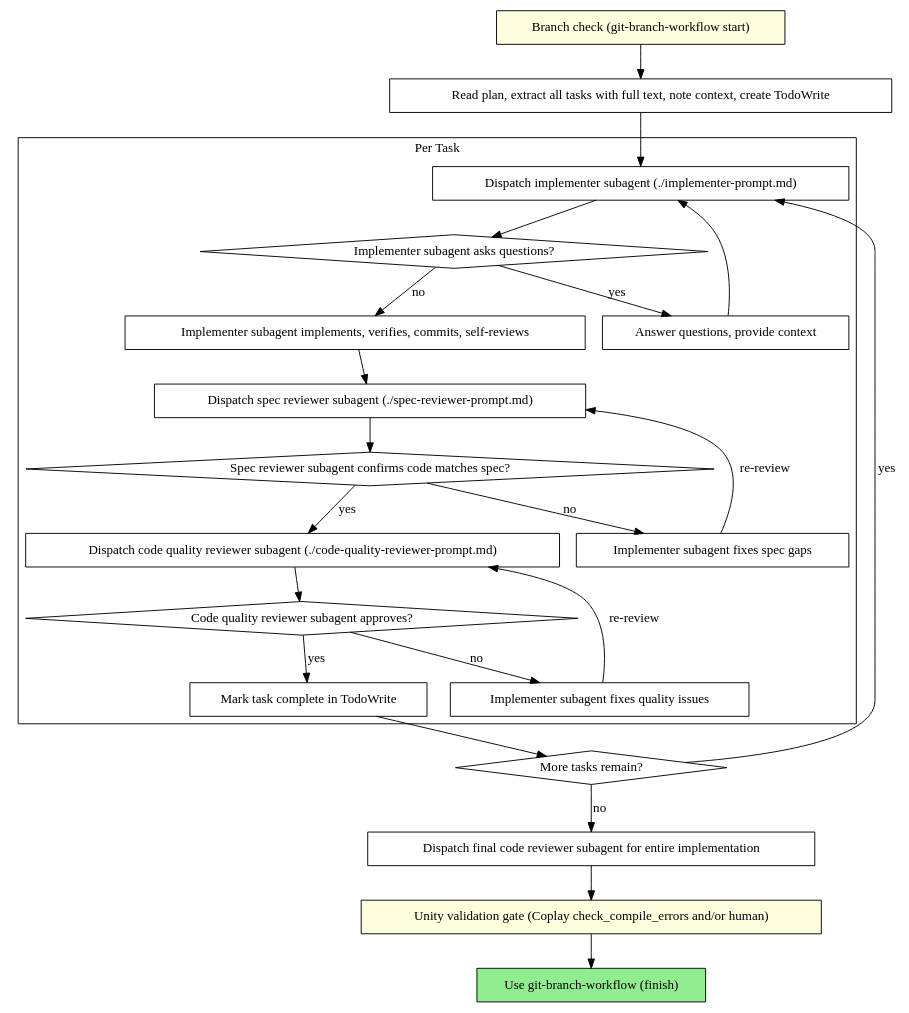
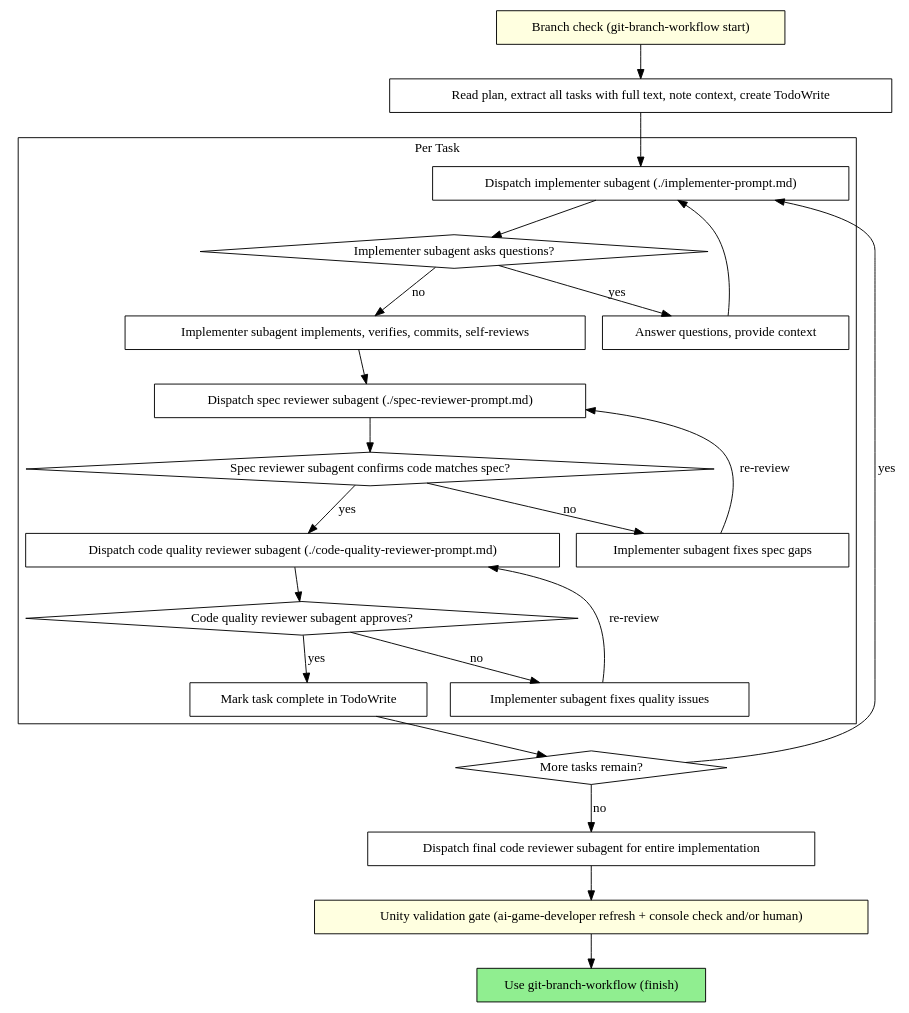
Before and after one commit to antoinecolin-voodoo/colinpowers: the second of 2 diagrams in skills/subagent-development/SKILL.md, drawn with Graphviz. The commit also changed other lines of this file and 3 other files, not shown here.

First line of the commit message:
skills: move Unity validation gate from Coplay to ai-game-developer MCP

````diff
--- a/skills/subagent-development/SKILL.md
+++ b/skills/subagent-development/SKILL.md
@@ -42,48 +42,48 @@
 ```dot
 digraph process {
     rankdir=TB;
 
     subgraph cluster_per_task {
         label="Per Task";
         "Dispatch implementer subagent (./implementer-prompt.md)" [shape=box];
         "Implementer subagent asks questions?" [shape=diamond];
         "Answer questions, provide context" [shape=box];
         "Implementer subagent implements, verifies, commits, self-reviews" [shape=box];
         "Dispatch spec reviewer subagent (./spec-reviewer-prompt.md)" [shape=box];
         "Spec reviewer subagent confirms code matches spec?" [shape=diamond];
         "Implementer subagent fixes spec gaps" [shape=box];
         "Dispatch code quality reviewer subagent (./code-quality-reviewer-prompt.md)" [shape=box];
         "Code quality reviewer subagent approves?" [shape=diamond];
         "Implementer subagent fixes quality issues" [shape=box];
         "Mark task complete in TodoWrite" [shape=box];
     }
 
     "Branch check (git-branch-workflow start)" [shape=box style=filled fillcolor=lightyellow];
     "Read plan, extract all tasks with full text, note context, create TodoWrite" [shape=box];
     "More tasks remain?" [shape=diamond];
     "Dispatch final code reviewer subagent for entire implementation" [shape=box];
     "Use git-branch-workflow (finish)" [shape=box style=filled fillcolor=lightgreen];
 
     "Branch check (git-branch-workflow start)" -> "Read plan, extract all tasks with full text, note context, create TodoWrite";
     "Read plan, extract all tasks with full text, note context, create TodoWrite" -> "Dispatch implementer subagent (./implementer-prompt.md)";
     "Dispatch implementer subagent (./implementer-prompt.md)" -> "Implementer subagent asks questions?";
     "Implementer subagent asks questions?" -> "Answer questions, provide context" [label="yes"];
     "Answer questions, provide context" -> "Dispatch implementer subagent (./implementer-prompt.md)";
     "Implementer subagent asks questions?" -> "Implementer subagent implements, verifies, commits, self-reviews" [label="no"];
     "Implementer subagent implements, verifies, commits, self-reviews" -> "Dispatch spec reviewer subagent (./spec-reviewer-prompt.md)";
     "Dispatch spec reviewer subagent (./spec-reviewer-prompt.md)" -> "Spec reviewer subagent confirms code matches spec?";
     "Spec reviewer subagent confirms code matches spec?" -> "Implementer subagent fixes spec gaps" [label="no"];
     "Implementer subagent fixes spec gaps" -> "Dispatch spec reviewer subagent (./spec-reviewer-prompt.md)" [label="re-review"];
     "Spec reviewer subagent confirms code matches spec?" -> "Dispatch code quality reviewer subagent (./code-quality-reviewer-prompt.md)" [label="yes"];
     "Dispatch code quality reviewer subagent (./code-quality-reviewer-prompt.md)" -> "Code quality reviewer subagent approves?";
     "Code quality reviewer subagent approves?" -> "Implementer subagent fixes quality issues" [label="no"];
     "Implementer subagent fixes quality issues" -> "Dispatch code quality reviewer subagent (./code-quality-reviewer-prompt.md)" [label="re-review"];
     "Code quality reviewer subagent approves?" -> "Mark task complete in TodoWrite" [label="yes"];
     "Mark task complete in TodoWrite" -> "More tasks remain?";
     "More tasks remain?" -> "Dispatch implementer subagent (./implementer-prompt.md)" [label="yes"];
     "More tasks remain?" -> "Dispatch final code reviewer subagent for entire implementation" [label="no"];
-    "Unity validation gate (Coplay check_compile_errors and/or human)" [shape=box style=filled fillcolor=lightyellow];
-    "Dispatch final code reviewer subagent for entire implementation" -> "Unity validation gate (Coplay check_compile_errors and/or human)";
-    "Unity validation gate (Coplay check_compile_errors and/or human)" -> "Use git-branch-workflow (finish)";
+    "Unity validation gate (ai-game-developer refresh + console check and/or human)" [shape=box style=filled fillcolor=lightyellow];
+    "Dispatch final code reviewer subagent for entire implementation" -> "Unity validation gate (ai-game-developer refresh + console check and/or human)";
+    "Unity validation gate (ai-game-developer refresh + console check and/or human)" -> "Use git-branch-workflow (finish)";
 }
 ```
````
